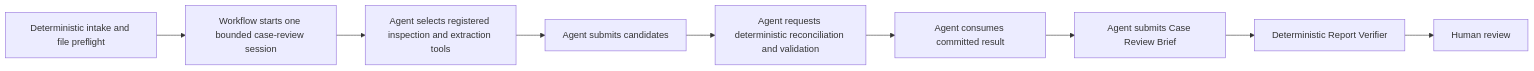
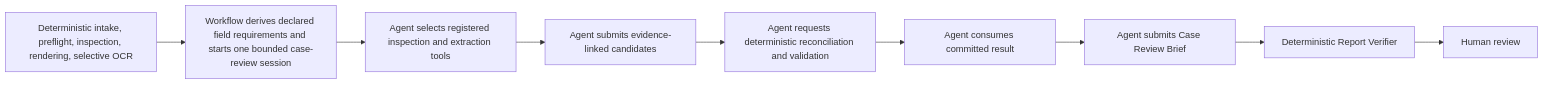
Before and after one commit to skang10/fin-processing-agent: the first of 4 diagrams in specs/components/ADAPTIVE_EXTRACTION_AGENT.md, drawn with Mermaid. The commit also changed other lines of this file and 10 other files, not shown here.

````diff
--- a/specs/components/ADAPTIVE_EXTRACTION_AGENT.md
+++ b/specs/components/ADAPTIVE_EXTRACTION_AGENT.md
@@ -45,11 +47,11 @@
 ```mermaid
 flowchart LR
-    A[Deterministic intake and file preflight] --> B[Workflow starts one bounded case-review session]
+    A[Deterministic intake, preflight, inspection, rendering, selective OCR] --> B[Workflow derives declared field requirements and starts one bounded case-review session]
     B --> C[Agent selects registered inspection and extraction tools]
-    C --> D[Agent submits candidates]
+    C --> D[Agent submits evidence-linked candidates]
     D --> E[Agent requests deterministic reconciliation and validation]
     E --> F[Agent consumes committed result]
     F --> G[Agent submits Case Review Brief]
     G --> H[Deterministic Report Verifier]
     H --> I[Human review]
 ```
````
